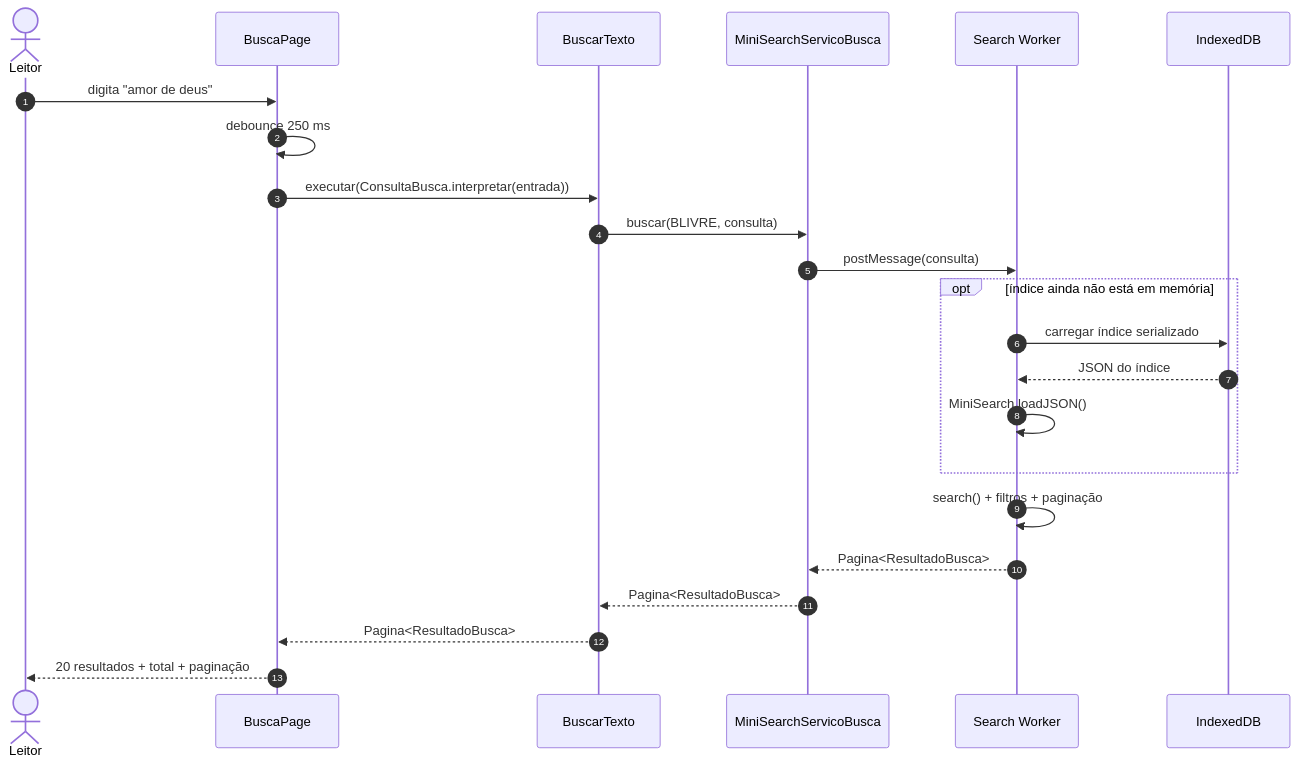
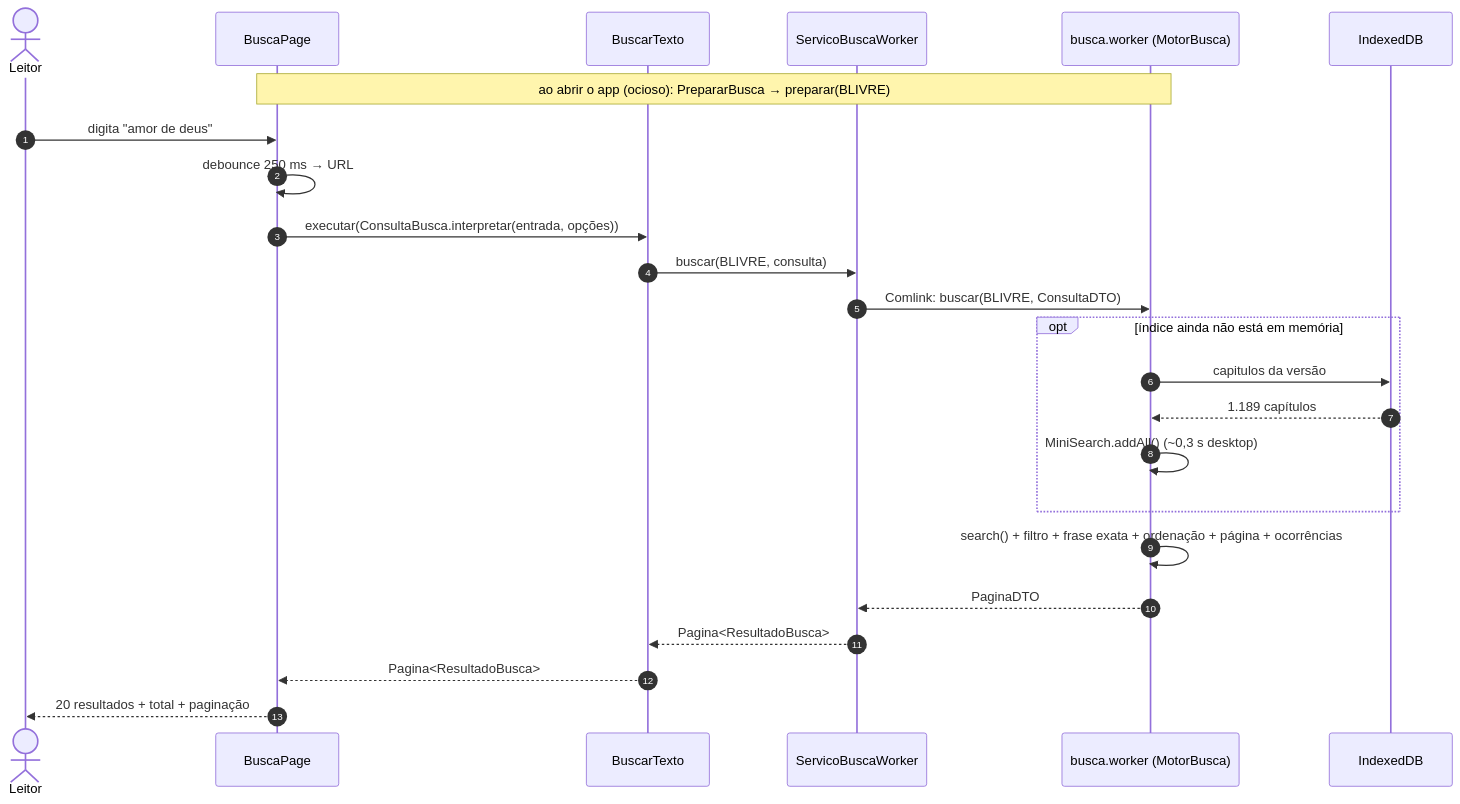
The seventh of 8 diagrams in docs/06-arquitetura.md (edioilha/biblia-app), drawn with Mermaid before and after one commit. The commit also changed other lines of this file and 7 other files, not shown here.

````diff
--- a/docs/06-arquitetura.md
+++ b/docs/06-arquitetura.md
@@ -259,26 +259,27 @@
 ```mermaid
 sequenceDiagram
     autonumber
     actor L as Leitor
     participant P as BuscaPage
     participant UC as BuscarTexto
-    participant S as MiniSearchServicoBusca
-    participant W as Search Worker
+    participant S as ServicoBuscaWorker
+    participant W as busca.worker (MotorBusca)
     participant DB as IndexedDB
 
+    Note over P,W: ao abrir o app (ocioso): PrepararBusca → preparar(BLIVRE)
     L->>P: digita "amor de deus"
-    P->>P: debounce 250 ms
-    P->>UC: executar(ConsultaBusca.interpretar(entrada))
+    P->>P: debounce 250 ms → URL #/buscar?q=amor+de+deus
+    P->>UC: executar(ConsultaBusca.interpretar(entrada, opções))
     UC->>S: buscar(BLIVRE, consulta)
-    S->>W: postMessage(consulta)
+    S->>W: Comlink: buscar(BLIVRE, ConsultaDTO)
     opt índice ainda não está em memória
-        W->>DB: carregar índice serializado
-        DB-->>W: JSON do índice
-        W->>W: MiniSearch.loadJSON()
+        W->>DB: capitulos da versão
+        DB-->>W: 1.189 capítulos
+        W->>W: MiniSearch.addAll() (~0,3 s desktop)
     end
-    W->>W: search() + filtros + paginação
-    W-->>S: Pagina<ResultadoBusca>
+    W->>W: search() + filtro + frase exata + ordenação + página + ocorrências
+    W-->>S: PaginaDTO
     S-->>UC: Pagina<ResultadoBusca>
     UC-->>P: Pagina<ResultadoBusca>
     P-->>L: 20 resultados + total + paginação
 ```
````
